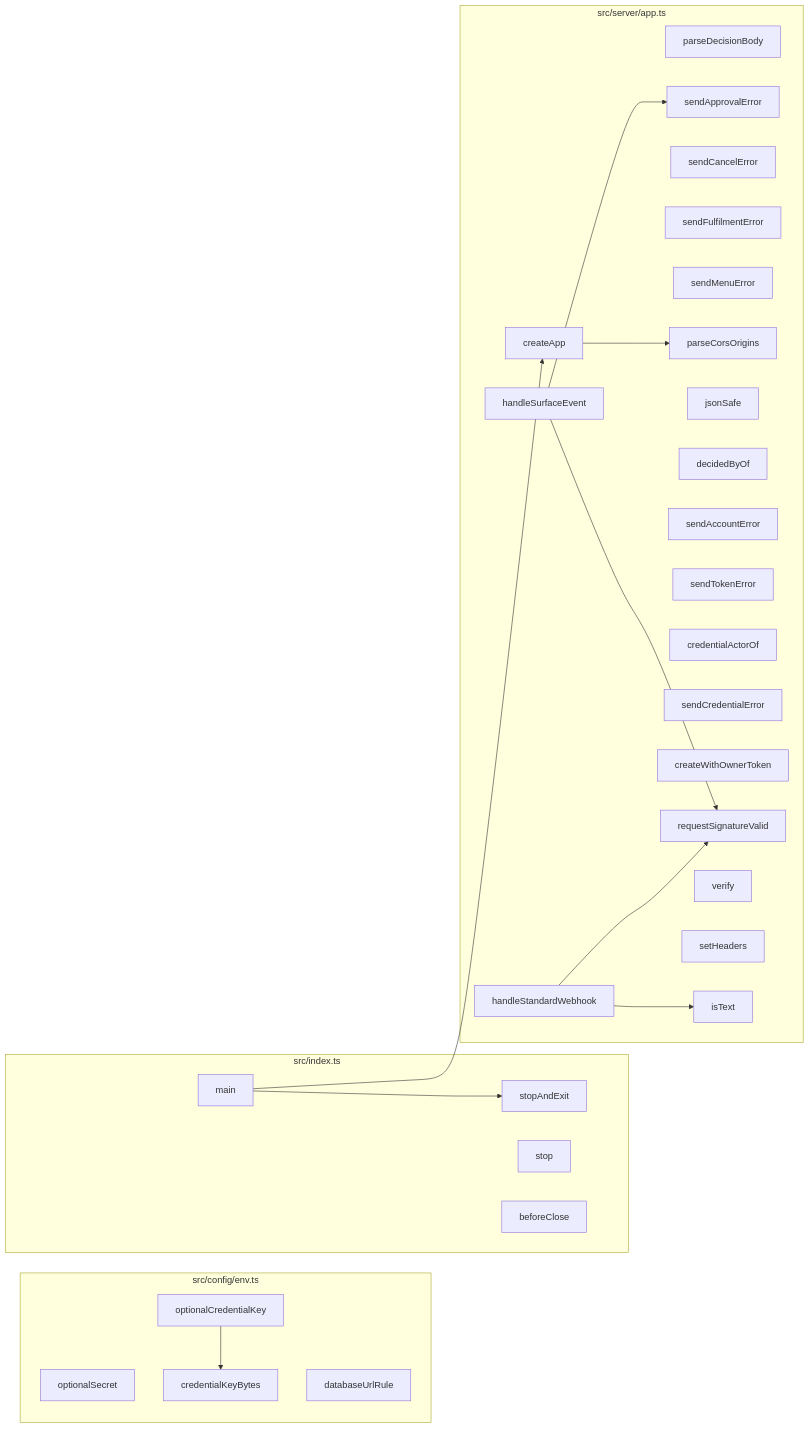
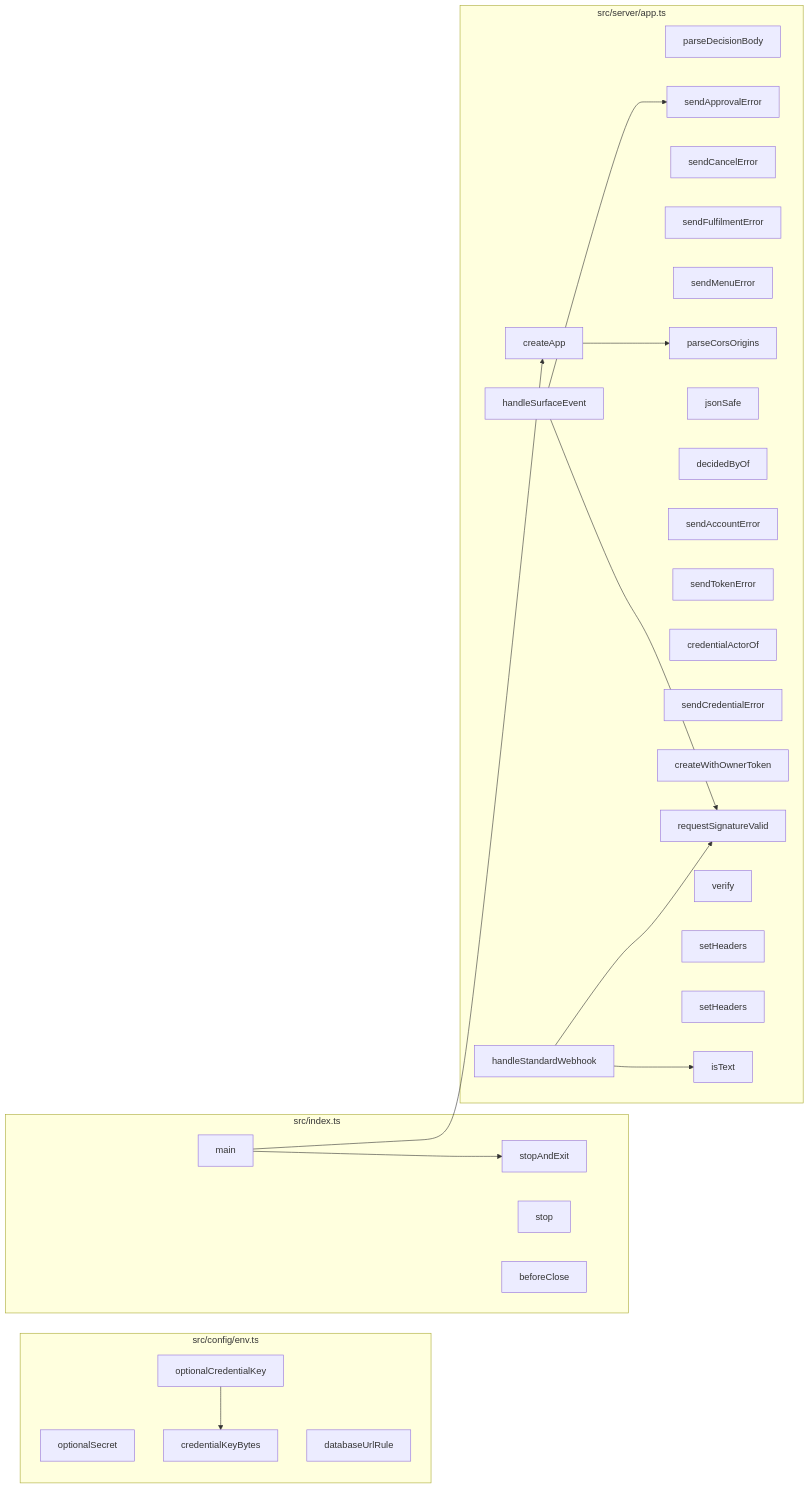
The fourth of 11 diagrams in docs/CODEBASE_MAP.md (Jaydearcadian/bind), drawn with Mermaid before and after one commit. The commit also changed other lines of this file and 18 other files, not shown here.

````diff
--- a/docs/CODEBASE_MAP.md
+++ b/docs/CODEBASE_MAP.md
@@ -294,45 +295,46 @@
 ```mermaid
 flowchart LR
   subgraph F0["src/config/env.ts"]
     n366["optionalSecret"]
     n367["credentialKeyBytes"]
     n368["optionalCredentialKey"]
     n369["databaseUrlRule"]
   end
   subgraph F1["src/index.ts"]
     n428["stopAndExit"]
     n429["main"]
     n430["stop"]
     n431["beforeClose"]
   end
   subgraph F2["src/server/app.ts"]
     n512["parseDecisionBody"]
     n513["sendApprovalError"]
     n514["sendCancelError"]
     n515["sendFulfilmentError"]
     n516["sendMenuError"]
     n517["parseCorsOrigins"]
     n518["jsonSafe"]
     n519["decidedByOf"]
     n520["sendAccountError"]
     n521["sendTokenError"]
     n522["credentialActorOf"]
     n523["sendCredentialError"]
     n524["createWithOwnerToken"]
     n525["requestSignatureValid"]
     n526["createApp"]
     n527["verify"]
     n528["setHeaders"]
-    n607["handleSurfaceEvent"]
-    n608["handleStandardWebhook"]
-    n609["isText"]
+    n529["setHeaders"]
+    n608["handleSurfaceEvent"]
+    n609["handleStandardWebhook"]
+    n610["isText"]
   end
   n368 --> n367
   n429 --> n526
   n429 --> n428
   n526 --> n517
-  n607 --> n525
-  n607 --> n513
   n608 --> n525
-  n608 --> n609
+  n608 --> n513
+  n609 --> n525
+  n609 --> n610
 ```
````
